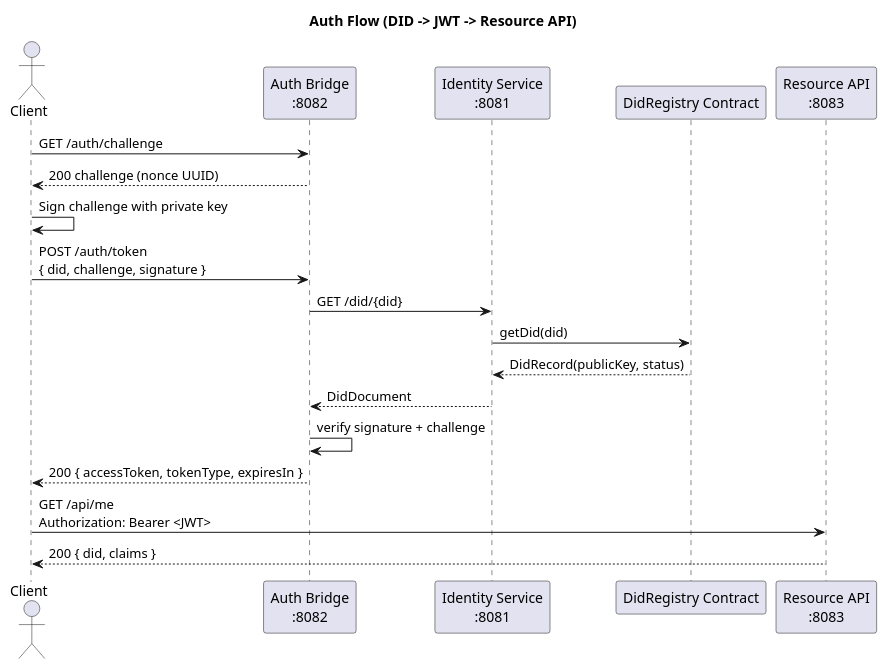
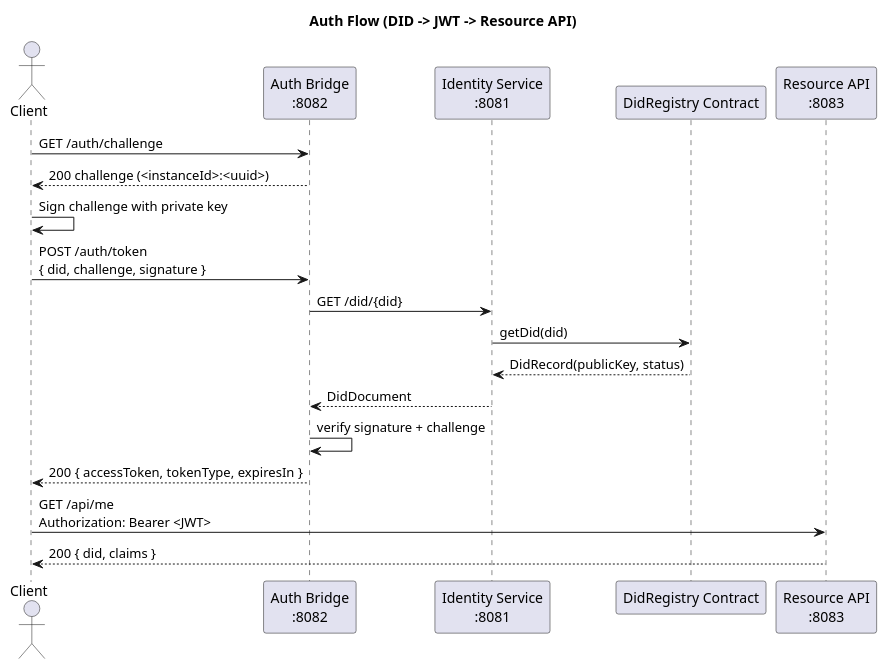
The diagram in docs/diagrams/sequence-auth-jwt-resource.puml (igorsatsyuk/did-idp-jwt-bridge), drawn with PlantUML before and after one commit. The commit also changed 2 other files, not shown here.

Commit message:
docs: fix challenge format and auth error docs

```diff
--- a/docs/diagrams/sequence-auth-jwt-resource.puml
+++ b/docs/diagrams/sequence-auth-jwt-resource.puml
@@ -1,26 +1,26 @@
 @startuml
 title Auth Flow (DID -> JWT -> Resource API)
 
 actor Client
 participant "Auth Bridge\n:8082" as Auth
 participant "Identity Service\n:8081" as Identity
 participant "DidRegistry Contract" as Contract
 participant "Resource API\n:8083" as Resource
 
 Client -> Auth: GET /auth/challenge
-Auth --> Client: 200 challenge (nonce UUID)
+Auth --> Client: 200 challenge (<instanceId>:<uuid>)
 
 Client -> Client: Sign challenge with private key
 
 Client -> Auth: POST /auth/token\n{ did, challenge, signature }
 Auth -> Identity: GET /did/{did}
 Identity -> Contract: getDid(did)
 Contract --> Identity: DidRecord(publicKey, status)
 Identity --> Auth: DidDocument
 Auth -> Auth: verify signature + challenge
 Auth --> Client: 200 { accessToken, tokenType, expiresIn }
 
 Client -> Resource: GET /api/me\nAuthorization: Bearer <JWT>
 Resource --> Client: 200 { did, claims }
 
 @enduml
```
